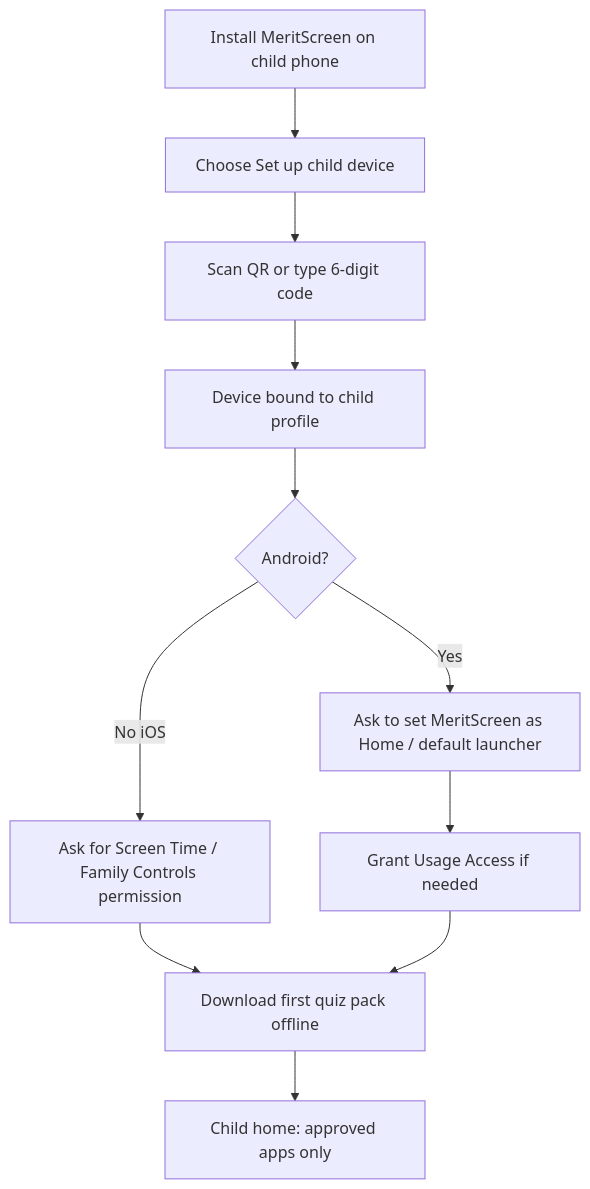
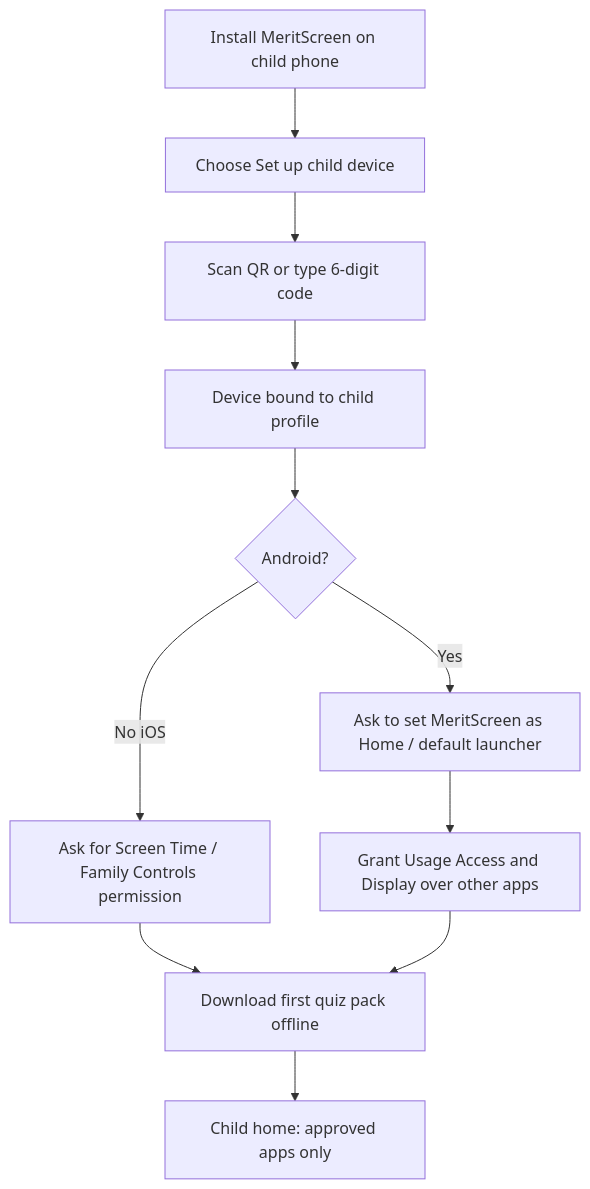
Before and after one commit to gokula-krishnan-r-dev/watching: the third of 4 diagrams in docs/02-onboarding-authentication.md, drawn with Mermaid. The commit also changed other lines of this file and 30 other files, not shown here.

````diff
--- a/docs/02-onboarding-authentication.md
+++ b/docs/02-onboarding-authentication.md
@@ -91,13 +91,13 @@
 ```mermaid
 flowchart TD
   A[Install MeritScreen on child phone] --> B[Choose Set up child device]
   B --> C[Scan QR or type 6-digit code]
   C --> D[Device bound to child profile]
   D --> E{Android?}
   E -->|Yes| F[Ask to set MeritScreen as Home / default launcher]
   E -->|No iOS| G[Ask for Screen Time / Family Controls permission]
-  F --> H[Grant Usage Access if needed]
+  F --> H[Grant Usage Access and Display over other apps]
   G --> I[Download first quiz pack offline]
   H --> I
   I --> J[Child home: approved apps only]
 ```
````
